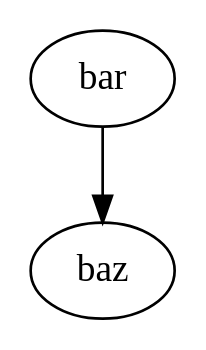
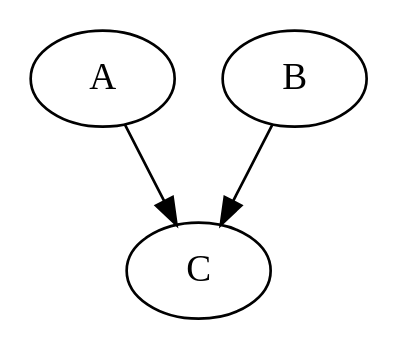
The diagram in docs/tutorials/bayesian_networks.rst (IDSIA/crema), drawn with Graphviz before and after one commit. The commit also changed other lines of this file and 2 other files, not shown here.

```diff
--- a/docs/tutorials/bayesian_networks.rst
+++ b/docs/tutorials/bayesian_networks.rst
@@ -13,5 +11,7 @@
 .. graphviz::
+   :align: center
 
-   digraph foo {
-      "bar" -> "baz";
+   digraph bn {
+      "A" -> "C";
+      "B" -> "C";
    }
```
